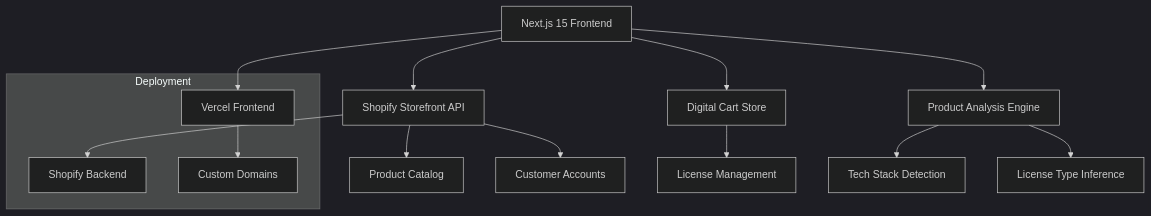
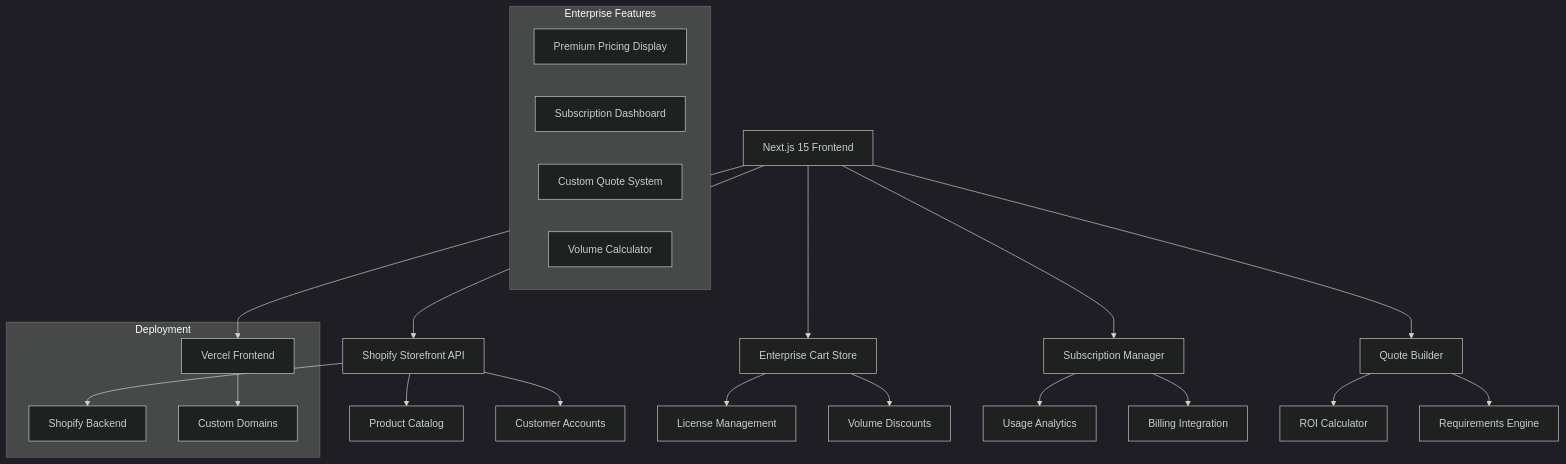
The diagram in README.md (code-craka/afilo-nextjs-shopify-app), drawn with Mermaid (dark theme) before and after one commit. The commit also changed other lines of this file and 9 other files, not shown here.

````diff
--- a/README.md
+++ b/README.md
@@ -60,21 +91,32 @@
 ```mermaid
 graph TD
     A[Next.js 15 Frontend] --> B[Shopify Storefront API]
-    A --> C[Digital Cart Store]
-    A --> D[Product Analysis Engine]
-    B --> E[Product Catalog]
-    B --> F[Customer Accounts]
-    C --> G[License Management]
-    D --> H[Tech Stack Detection]
-    D --> I[License Type Inference]
-    
+    A --> C[Enterprise Cart Store]
+    A --> D[Subscription Manager]
+    A --> E[Quote Builder]
+    B --> F[Product Catalog]
+    B --> G[Customer Accounts]
+    C --> H[License Management]
+    C --> I[Volume Discounts]
+    D --> J[Usage Analytics]
+    D --> K[Billing Integration]
+    E --> L[ROI Calculator]
+    E --> M[Requirements Engine]
+
+    subgraph "Enterprise Features"
+        N[Premium Pricing Display]
+        O[Subscription Dashboard]
+        P[Custom Quote System]
+        Q[Volume Calculator]
+    end
+
     subgraph "Deployment"
-        J[Vercel Frontend]
-        K[Shopify Backend]
-        L[Custom Domains]
+        R[Vercel Frontend]
+        S[Shopify Backend]
+        T[Custom Domains]
     end
-    
-    A --> J
-    B --> K
-    J --> L
+
+    A --> R
+    B --> S
+    R --> T
 ```
````
